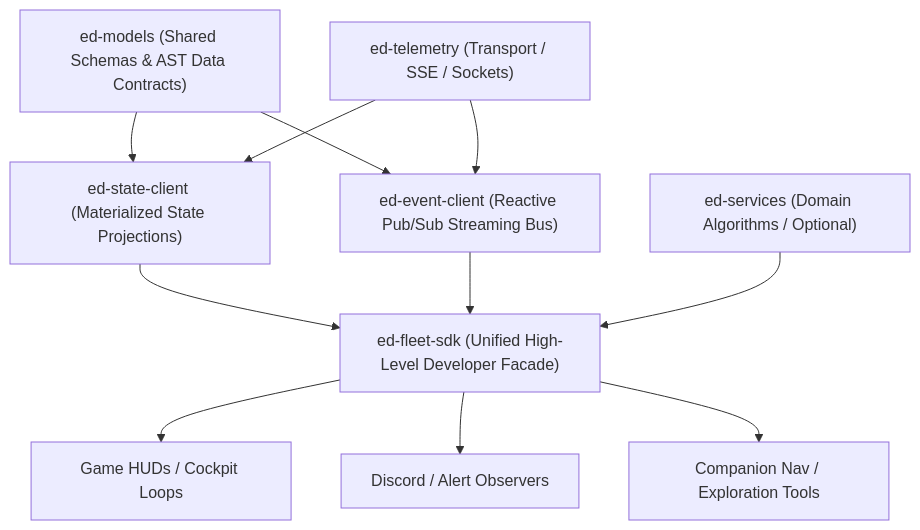
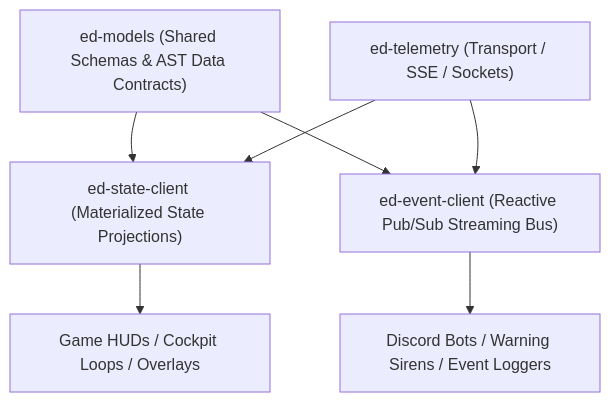
Before and after one commit to mnaatjes/ed-fleet-client: the diagram in architecture/adr/drafts/decoupling_state_and_event_client_repositories.md, drawn with Mermaid. The commit also changed other lines of this file and 2 other files, not shown here.

Commit message:
docs(adr): update decoupling draft ADR to dual-repository scope (defer facade SDK)

````diff
--- a/architecture/adr/drafts/decoupling_state_and_event_client_repositories.md
+++ b/architecture/adr/drafts/decoupling_state_and_event_client_repositories.md
@@ -30,16 +29,11 @@
 ```mermaid
 flowchart TD
     Upstream["ed-models (Shared Schemas & AST Data Contracts)"] --> SC["ed-state-client (Materialized State Projections)"]
     Upstream --> EC["ed-event-client (Reactive Pub/Sub Streaming Bus)"]
 
     Wire["ed-telemetry (Transport / SSE / Sockets)"] --> SC
     Wire --> EC
 
-    SC --> SDK["ed-fleet-sdk (Unified High-Level Developer Facade)"]
-    EC --> SDK
-    Services["ed-services (Domain Algorithms / Optional)"] --> SDK
-
-    SDK --> AppHUD["Game HUDs / Cockpit Loops"]
-    SDK --> AppBots["Discord / Alert Observers"]
-    SDK --> AppTools["Companion Nav / Exploration Tools"]
+    SC --> AppHUD["Game HUDs / Cockpit Loops / Overlays"]
+    EC --> AppBots["Discord Bots / Warning Sirens / Event Loggers"]
 ```
````
